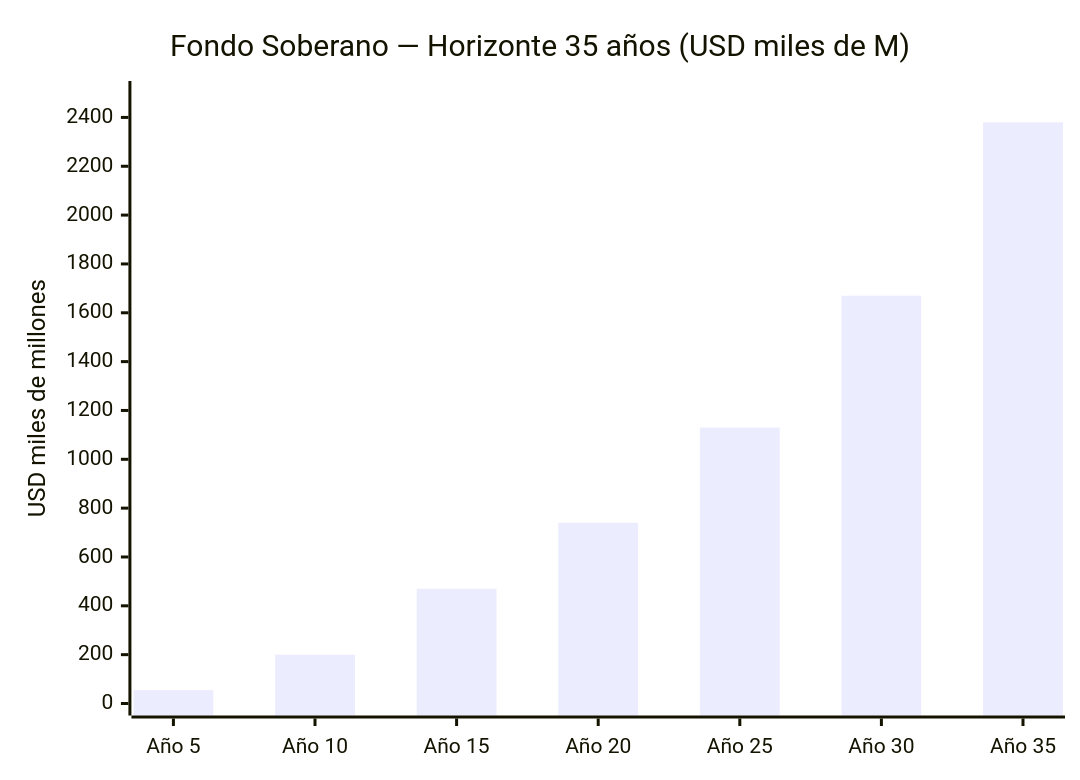
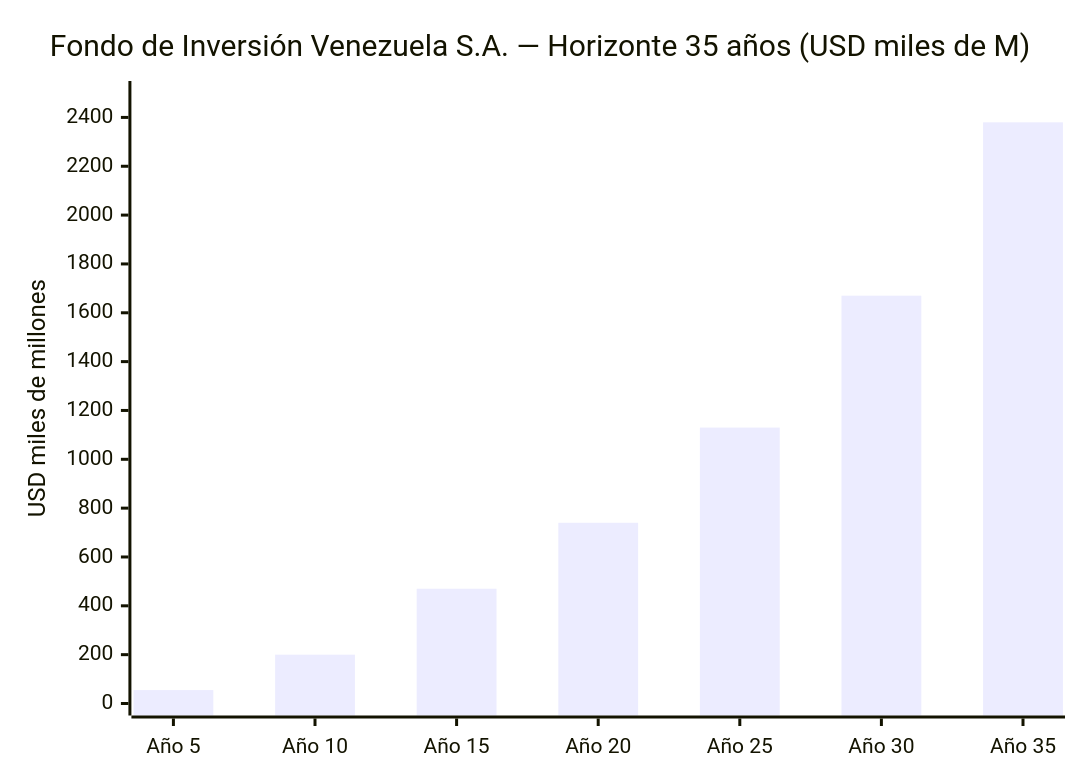
The fifth of 10 diagrams in docs/07-ejecucion/el-sueno.md (Venezuela-S-A/venezuela-sa), drawn with Mermaid before and after one commit. The commit also changed other lines of this file and 33 other files, not shown here.

First line of the commit message:
refactor: rename 'fondo soberano' to 'Fondo de Inversión Venezuela S.A.'

````diff
--- a/docs/07-ejecucion/el-sueno.md
+++ b/docs/07-ejecucion/el-sueno.md
@@ -457,7 +457,7 @@
 ```mermaid
 xychart-beta
-    title "Fondo Soberano — Horizonte 35 años (USD miles de M)"
+    title "Fondo de Inversión Venezuela S.A. — Horizonte 35 años (USD miles de M)"
     x-axis ["Año 5", "Año 10", "Año 15", "Año 20", "Año 25", "Año 30", "Año 35"]
     y-axis "USD miles de millones" 0 --> 2500
     bar [55, 200, 470, 740, 1130, 1670, 2380]
 ```
````
